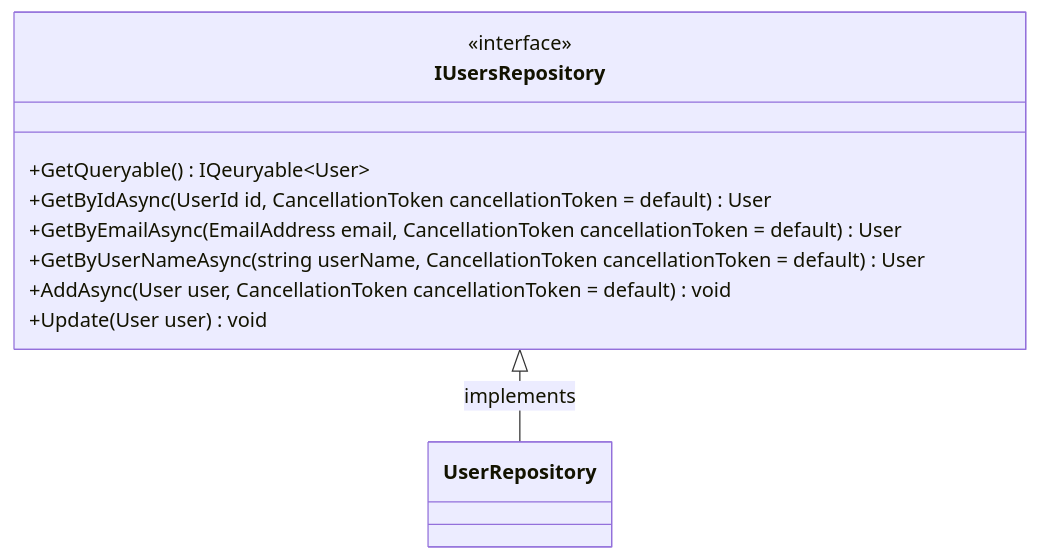
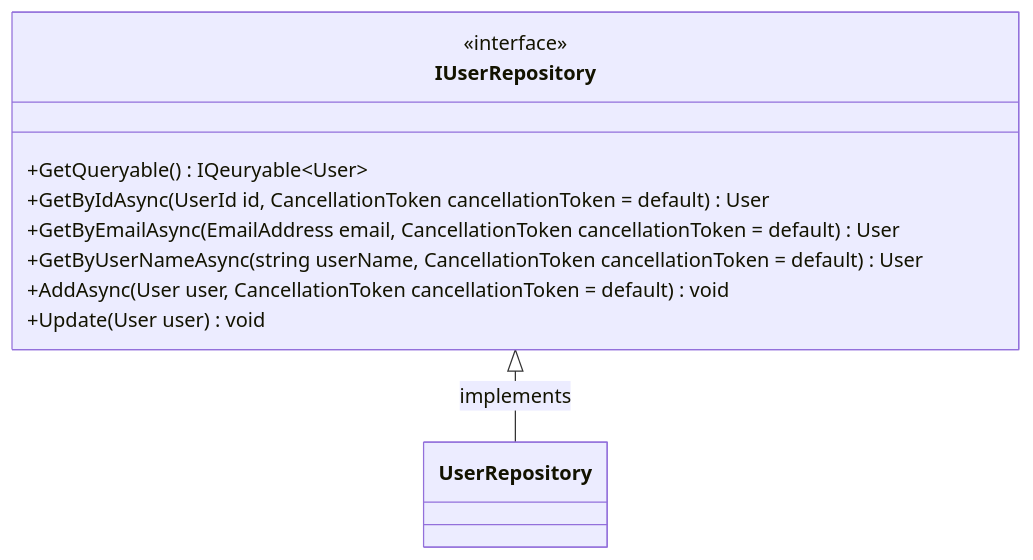
Before and after one commit to snicoper/agenda-manager-docs: the seventh of 7 diagrams in backend/source/Domain/Identity.md, drawn with Mermaid. The commit also changed other lines of this file and 1 other file, not shown here.

````diff
--- a/backend/source/Domain/Identity.md
+++ b/backend/source/Domain/Identity.md
@@ -170,17 +160,14 @@
 ```mermaid
 classDiagram
-    class IUsersRepository {
+    class IUserRepository {
         <<interface>>
         +GetQueryable() IQeuryable~User~
         +GetByIdAsync(UserId id, CancellationToken cancellationToken = default) User
         +GetByEmailAsync(EmailAddress email, CancellationToken cancellationToken = default) User
         +GetByUserNameAsync(string userName, CancellationToken cancellationToken = default) User
         +AddAsync(User user, CancellationToken cancellationToken = default) void
         +Update(User user) void
     }
 
-    class UserRepository {
-    }
-
-    IUsersRepository <|-- UserRepository : implements
+    IUserRepository <|-- UserRepository : implements
 ```
````
